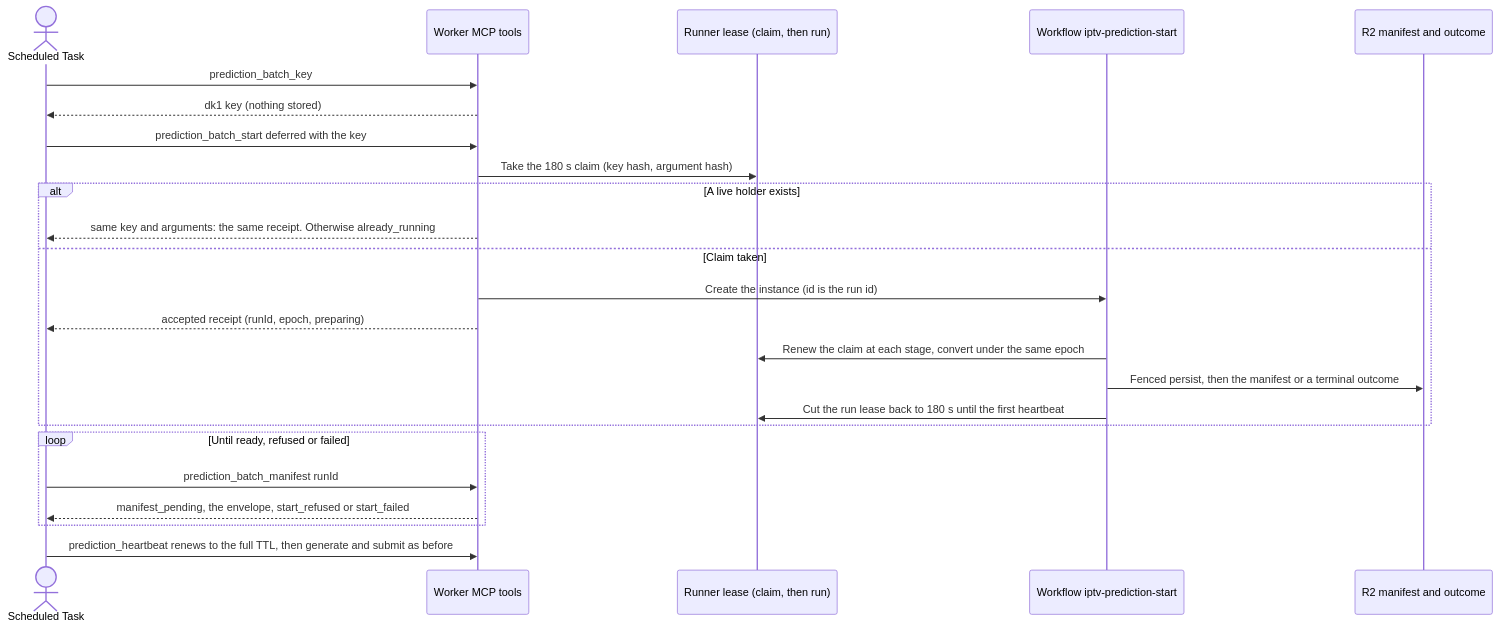
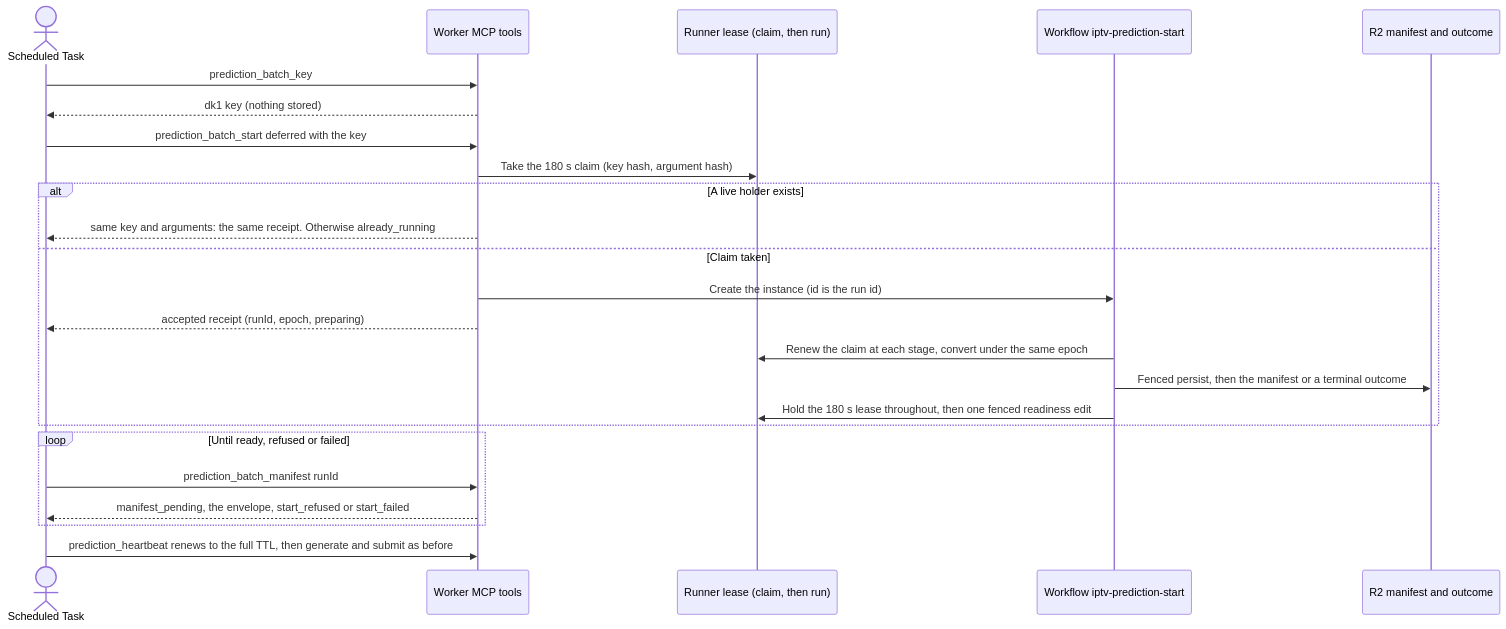
One commit to vladimino/iptv-watchlist changed the second of 3 diagrams in docs/architecture/prediction-pipeline.md. Above: the diagram before and after it, drawn with Mermaid. The commit also changed other lines of this file and 7 other files, not shown here.

````diff
--- a/docs/architecture/prediction-pipeline.md
+++ b/docs/architecture/prediction-pipeline.md
@@ -112,26 +112,26 @@
 ```mermaid
 sequenceDiagram
     actor Task as Scheduled Task
     participant MCP as Worker MCP tools
     participant Lease as Runner lease (claim, then run)
     participant WF as Workflow iptv-prediction-start
     participant Store as R2 manifest and outcome
     Task->>MCP: prediction_batch_key
     MCP-->>Task: dk1 key (nothing stored)
     Task->>MCP: prediction_batch_start deferred with the key
     MCP->>Lease: Take the 180 s claim (key hash, argument hash)
     alt A live holder exists
         MCP-->>Task: same key and arguments: the same receipt. Otherwise already_running
     else Claim taken
         MCP->>WF: Create the instance (id is the run id)
         MCP-->>Task: accepted receipt (runId, epoch, preparing)
         WF->>Lease: Renew the claim at each stage, convert under the same epoch
         WF->>Store: Fenced persist, then the manifest or a terminal outcome
-        WF->>Lease: Cut the run lease back to 180 s until the first heartbeat
+        WF->>Lease: Hold the 180 s lease throughout, then one fenced readiness edit
     end
     loop Until ready, refused or failed
         Task->>MCP: prediction_batch_manifest runId
         MCP-->>Task: manifest_pending, the envelope, start_refused or start_failed
     end
     Task->>MCP: prediction_heartbeat renews to the full TTL, then generate and submit as before
 ```
````
